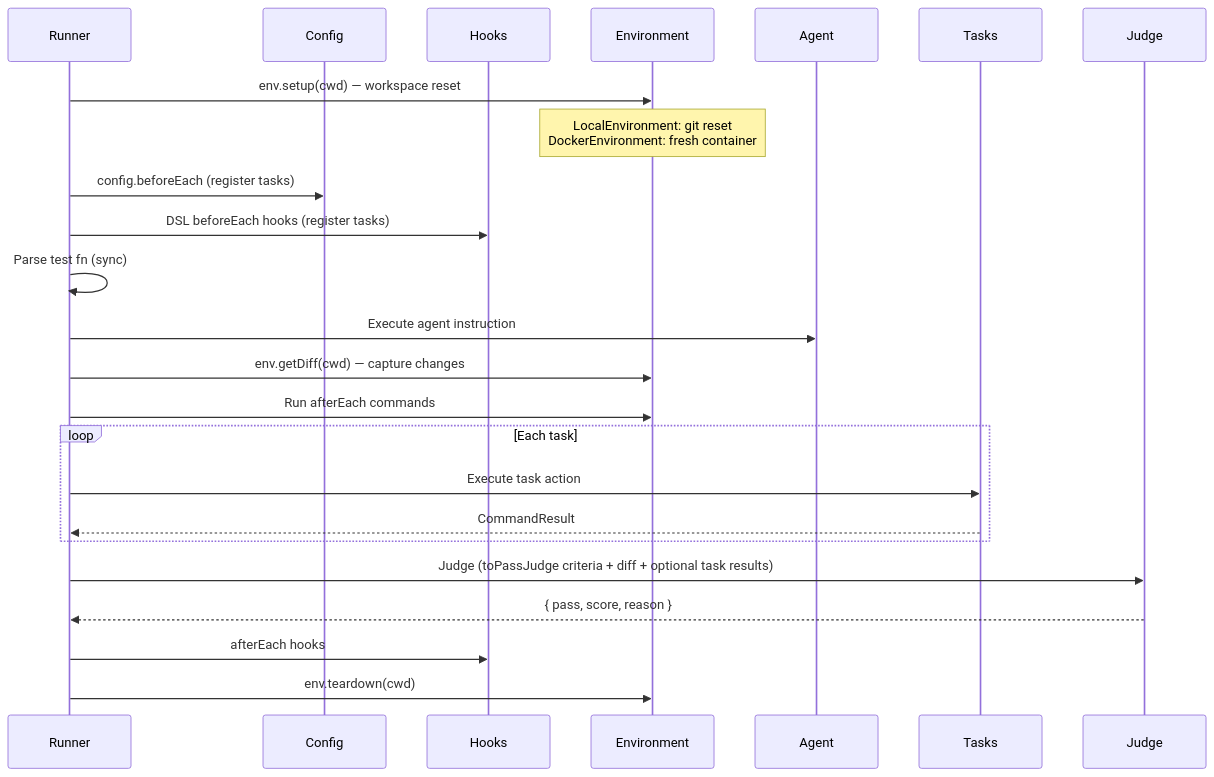
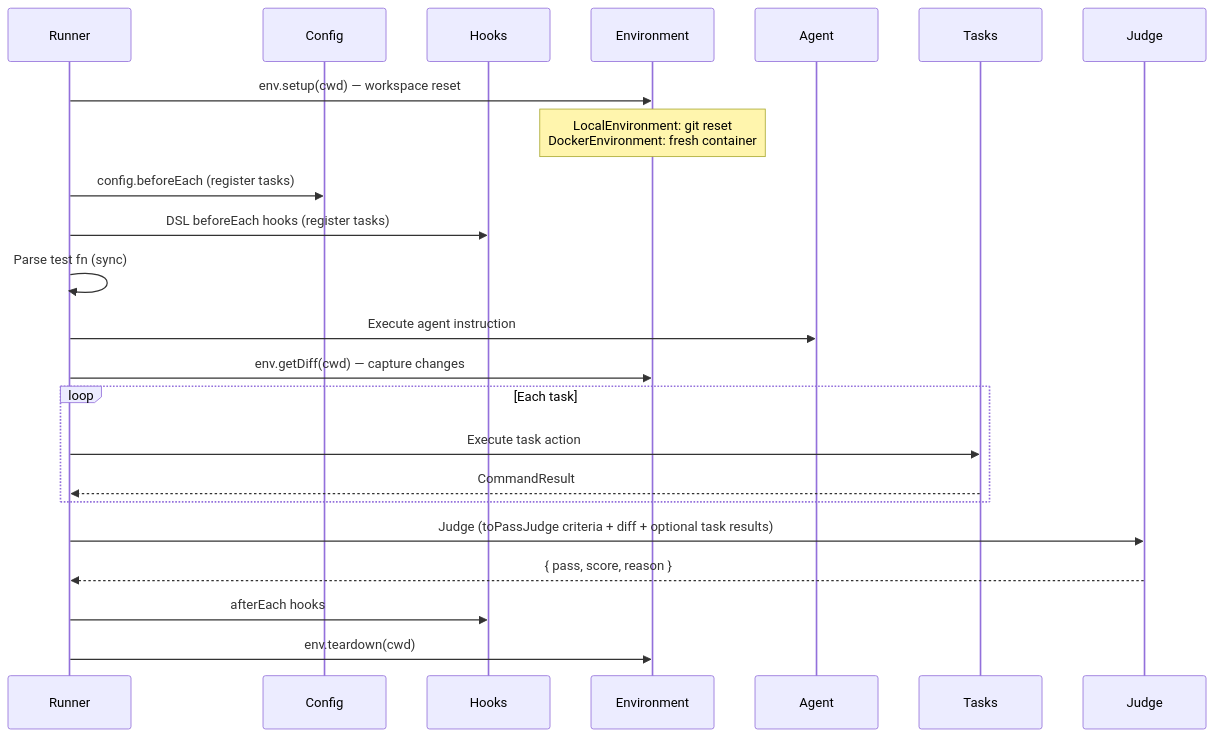
Before and after one commit to Tlahey/agent-eval: the second of 3 diagrams in apps/docs/guide/declarative-pipeline.md, drawn with Mermaid. The commit also changed other lines of this file and 23 other files, not shown here.

First line of the commit message:
refactor: remove deprecated config afterEach commands

````diff
--- a/apps/docs/guide/declarative-pipeline.md
+++ b/apps/docs/guide/declarative-pipeline.md
@@ -149,27 +149,26 @@
 ```mermaid
 sequenceDiagram
   participant R as Runner
   participant C as Config
   participant H as Hooks
   participant E as Environment
   participant A as Agent
   participant T as Tasks
   participant J as Judge
 
   R->>E: env.setup(cwd) — workspace reset
   Note over E: LocalEnvironment: git reset<br/>DockerEnvironment: fresh container
   R->>C: config.beforeEach (register tasks)
   R->>H: DSL beforeEach hooks (register tasks)
   R->>R: Parse test fn (sync)
   R->>A: Execute agent instruction
   R->>E: env.getDiff(cwd) — capture changes
-  R->>E: Run afterEach commands
   loop Each task
     R->>T: Execute task action
     T-->>R: CommandResult
   end
   R->>J: Judge (toPassJudge criteria + diff + optional task results)
   J-->>R: { pass, score, reason }
   R->>H: afterEach hooks
   R->>E: env.teardown(cwd)
 ```
````
